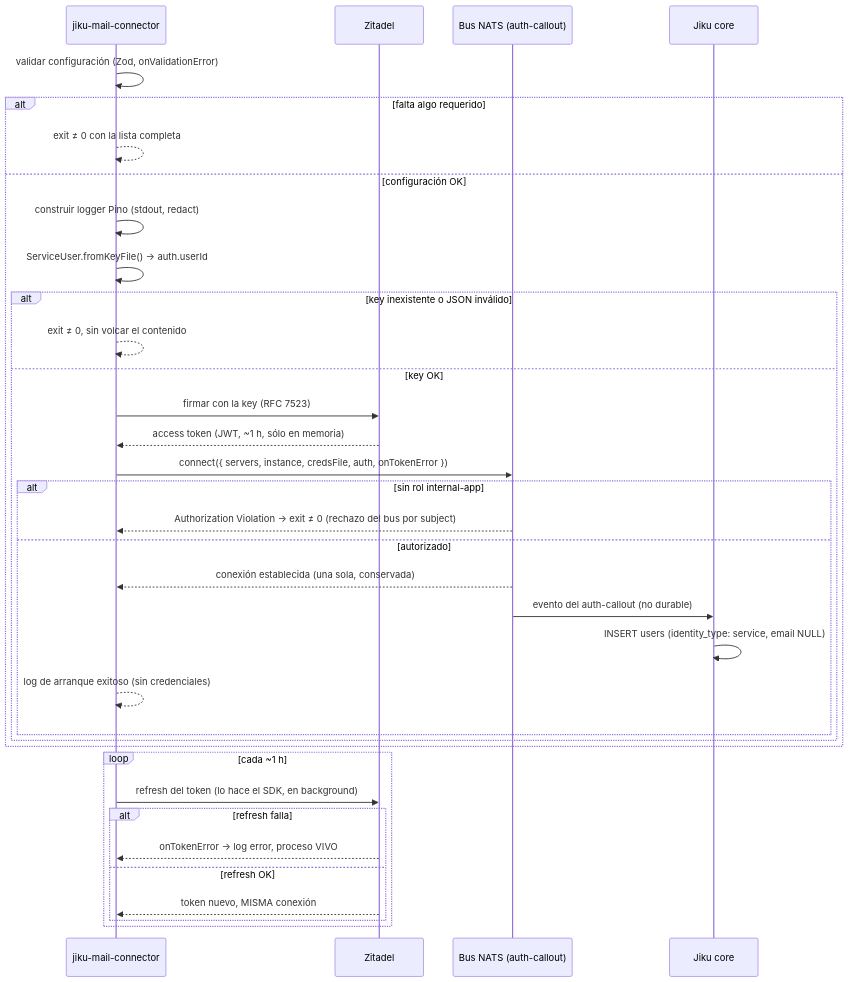
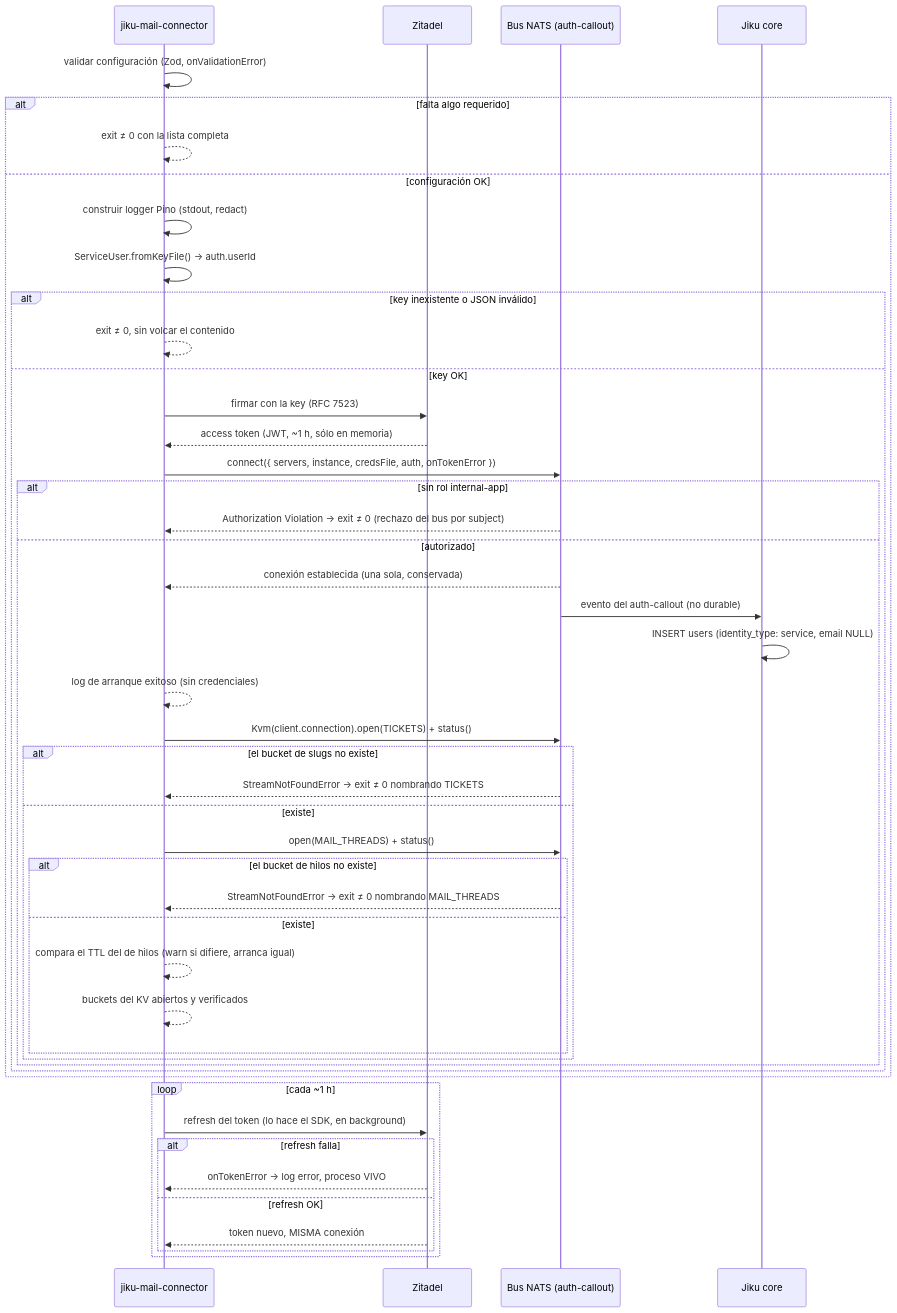
Before and after one commit to gravadigital/jiku-email-tickets: the diagram in docs/flows/arranque-y-conexion-al-bus.md, drawn with Mermaid. The commit also changed other lines of this file and 57 other files, not shown here.

````diff
--- a/docs/flows/arranque-y-conexion-al-bus.md
+++ b/docs/flows/arranque-y-conexion-al-bus.md
@@ -46,38 +48,50 @@
 ```mermaid
 sequenceDiagram
     participant MC as jiku-mail-connector
     participant ZI as Zitadel
     participant BUS as Bus NATS (auth-callout)
     participant CORE as Jiku core
 
     MC->>MC: validar configuración (Zod, onValidationError)
     alt falta algo requerido
         MC-->>MC: exit ≠ 0 con la lista completa
     else configuración OK
         MC->>MC: construir logger Pino (stdout, redact)
         MC->>MC: ServiceUser.fromKeyFile() → auth.userId
         alt key inexistente o JSON inválido
             MC-->>MC: exit ≠ 0, sin volcar el contenido
         else key OK
             MC->>ZI: firmar con la key (RFC 7523)
             ZI-->>MC: access token (JWT, ~1 h, sólo en memoria)
             MC->>BUS: connect({ servers, instance, credsFile, auth, onTokenError })
             alt sin rol internal-app
                 BUS-->>MC: Authorization Violation → exit ≠ 0 (rechazo del bus por subject)
             else autorizado
                 BUS-->>MC: conexión establecida (una sola, conservada)
                 BUS->>CORE: evento del auth-callout (no durable)
                 CORE->>CORE: INSERT users (identity_type: service, email NULL)
                 MC-->>MC: log de arranque exitoso (sin credenciales)
+                MC->>BUS: Kvm(client.connection).open(TICKETS) + status()
+                alt el bucket de slugs no existe
+                    BUS-->>MC: StreamNotFoundError → exit ≠ 0 nombrando TICKETS
+                else existe
+                    MC->>BUS: open(MAIL_THREADS) + status()
+                    alt el bucket de hilos no existe
+                        BUS-->>MC: StreamNotFoundError → exit ≠ 0 nombrando MAIL_THREADS
+                    else existe
+                        MC-->>MC: compara el TTL del de hilos (warn si difiere, arranca igual)
+                        MC-->>MC: buckets del KV abiertos y verificados
+                    end
+                end
             end
         end
     end
     loop cada ~1 h
         MC->>ZI: refresh del token (lo hace el SDK, en background)
         alt refresh falla
             ZI-->>MC: onTokenError → log error, proceso VIVO
         else refresh OK
             ZI-->>MC: token nuevo, MISMA conexión
         end
     end
 ```
````
